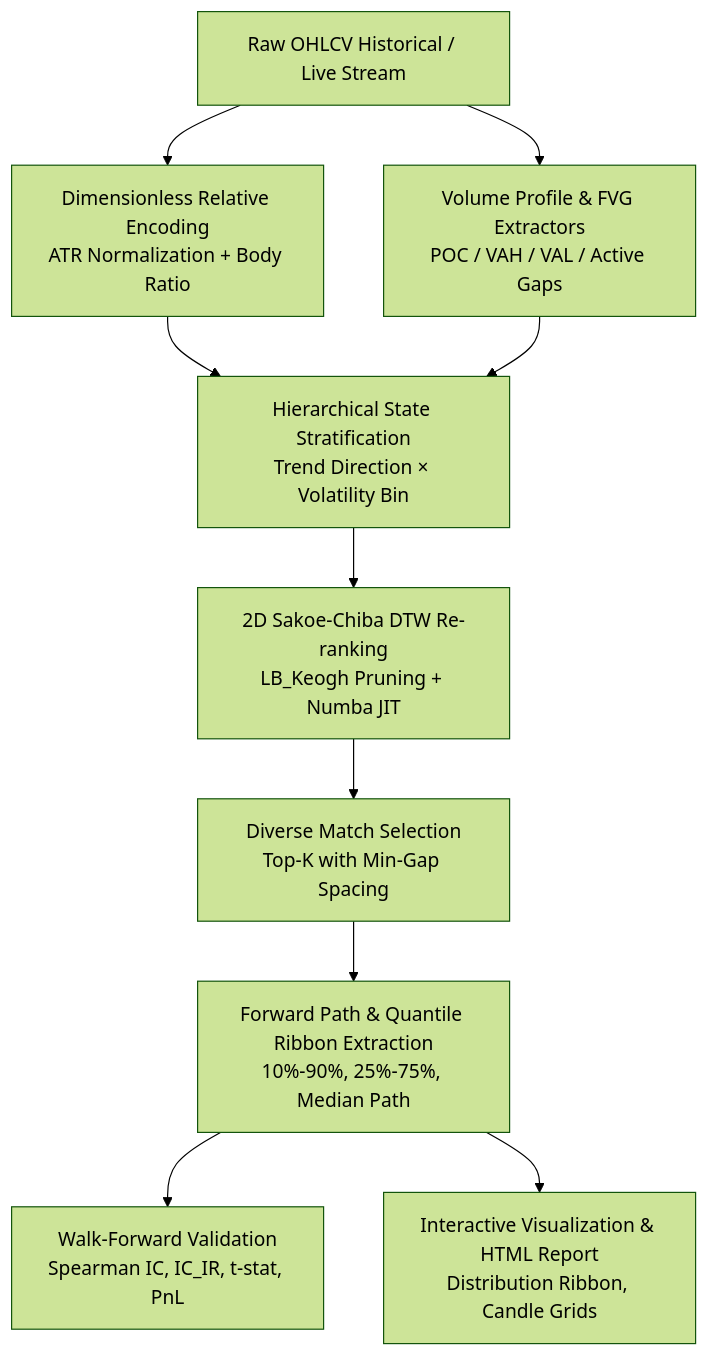
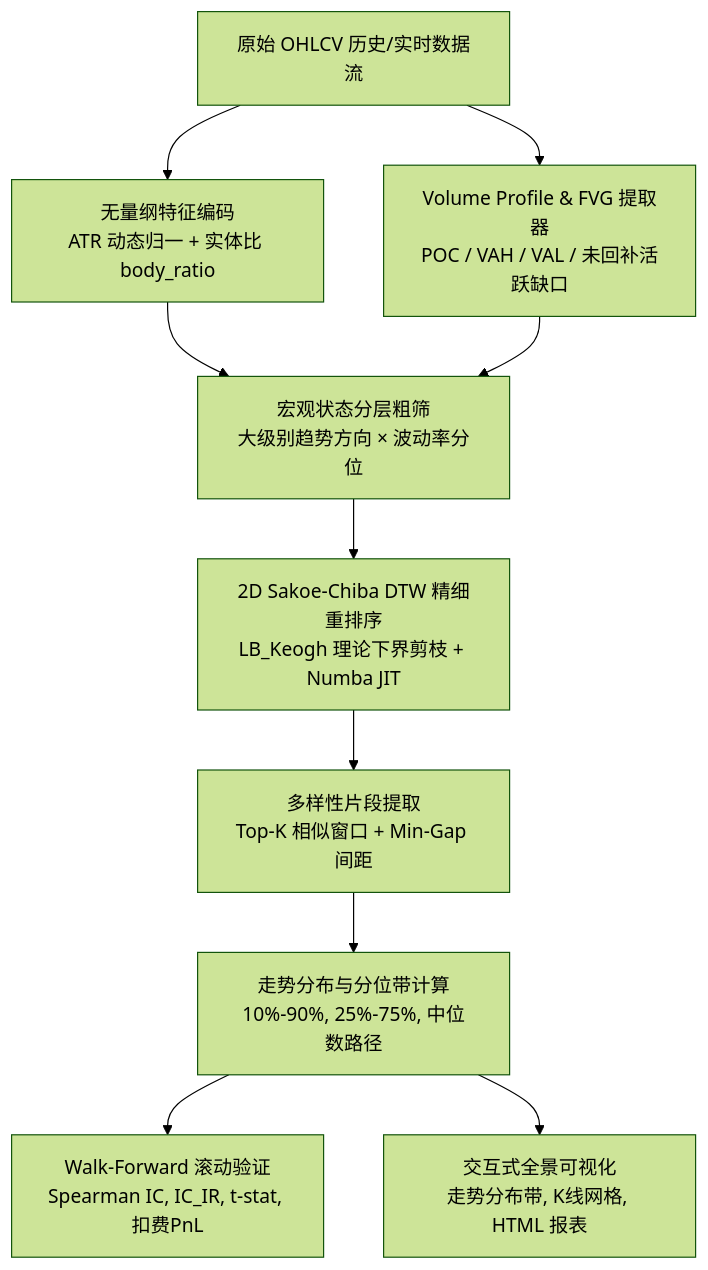
One commit to simom1/CandleWarp changed the diagram in README.md. Above: the diagram before and after it, drawn with Mermaid (forest theme). The commit also changed other lines of this file and 1 other file, not shown here.

````diff
--- a/README.md
+++ b/README.md
@@ -32,11 +34,11 @@
 ```mermaid
 flowchart TD
-    A[Raw OHLCV Historical / Live Stream] --> B[Dimensionless Relative Encoding\nATR Normalization + Body Ratio]
-    A --> VP[Volume Profile & FVG Extractors\nPOC / VAH / VAL / Active Gaps]
-    B & VP --> C[Hierarchical State Stratification\nTrend Direction × Volatility Bin]
-    C --> D[2D Sakoe-Chiba DTW Re-ranking\nLB_Keogh Pruning + Numba JIT]
-    D --> E[Diverse Match Selection\nTop-K with Min-Gap Spacing]
-    E --> F[Forward Path & Quantile Ribbon Extraction\n10%-90%, 25%-75%, Median Path]
-    F --> G[Walk-Forward Validation\nSpearman IC, IC_IR, t-stat, PnL]
-    F --> H[Interactive Visualization & HTML Report\nDistribution Ribbon, Candle Grids]
+    A[原始 OHLCV 历史/实时数据流] --> B[无量纲特征编码\nATR 动态归一 + 实体比 body_ratio]
+    A --> VP[Volume Profile & FVG 提取器\nPOC / VAH / VAL / 未回补活跃缺口]
+    B & VP --> C[宏观状态分层粗筛\n大级别趋势方向 × 波动率分位]
+    C --> D[2D Sakoe-Chiba DTW 精细重排序\nLB_Keogh 理论下界剪枝 + Numba JIT]
+    D --> E[多样性片段提取\nTop-K 相似窗口 + Min-Gap 间距]
+    E --> F[走势分布与分位带计算\n10%-90%, 25%-75%, 中位数路径]
+    F --> G[Walk-Forward 滚动验证\nSpearman IC, IC_IR, t-stat, 扣费PnL]
+    F --> H[交互式全景可视化\n走势分布带, K线网格, HTML 报表]
 ```
````
